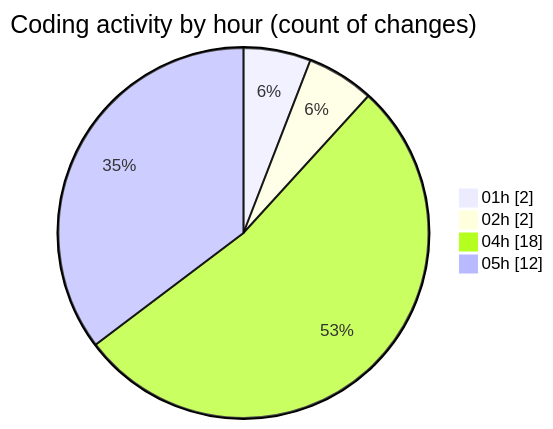
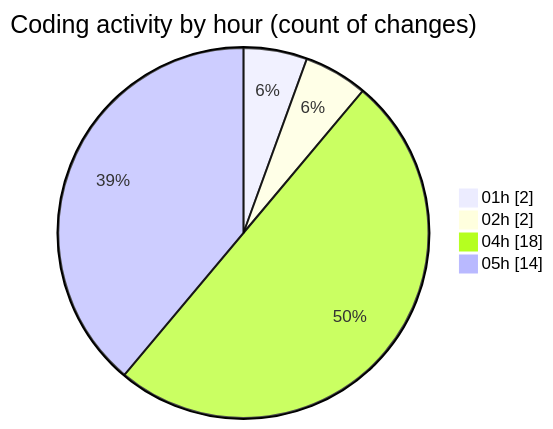
The second of 2 diagrams in 2026-02-05/singularitybrainai/README.md (tmsrecording-cyber/code-tracking), drawn with Mermaid before and after one commit. The commit also changed other lines of this file and 1 other file, not shown here.

````diff
--- a/2026-02-05/singularitybrainai/README.md
+++ b/2026-02-05/singularitybrainai/README.md
@@ -30,8 +30,8 @@
 ```mermaid
 pie showData
 title Coding activity by hour (count of changes)
 "01h" : 2
 "02h" : 2
 "04h" : 18
-"05h" : 12
+"05h" : 14
 ```
````
